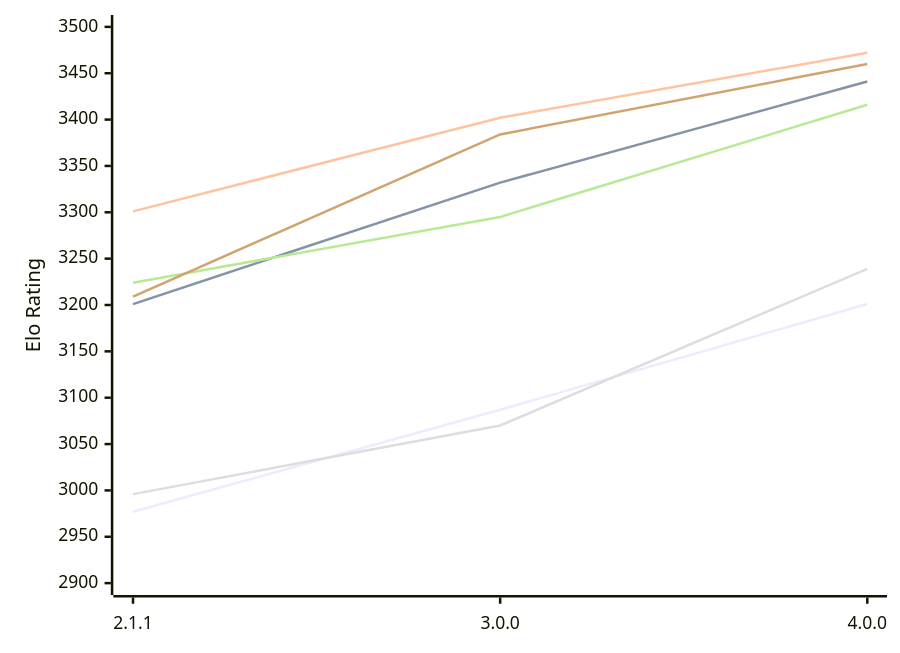
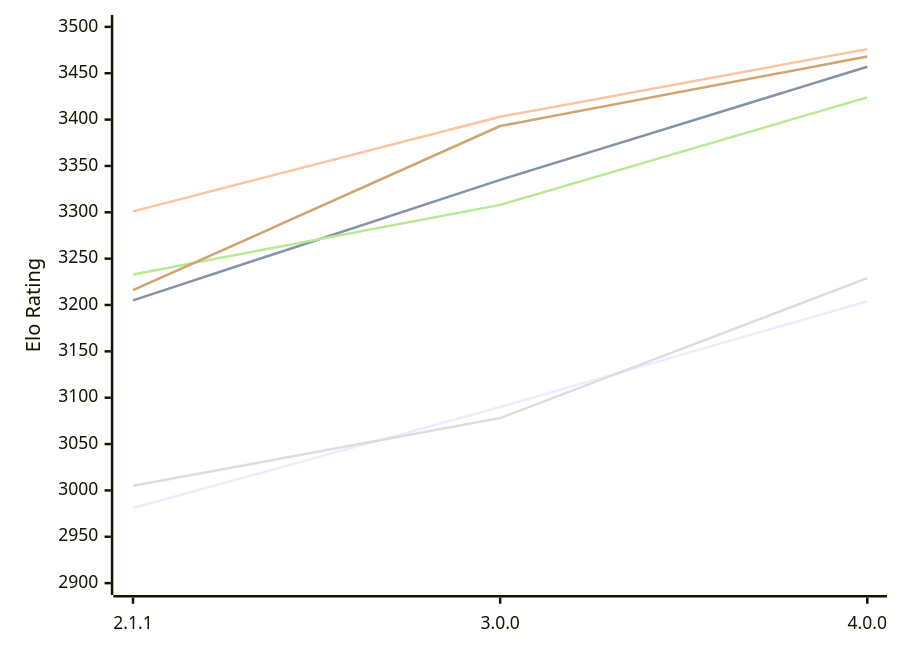
Before and after one commit to computer-chess-index/cci: the first of 2 diagrams in engines/Bread.md, drawn with Mermaid. The commit also changed other lines of this file, not shown here.

Commit message:
Update CCI Ratings (ELO VLTC) - 2026-11-25

````diff
--- a/engines/Bread.md
+++ b/engines/Bread.md
@@ -53,12 +53,12 @@
 ```mermaid
 %%{init: {"theme":"base","themeVariables":{"seriesColors:['#a3a3a3','#222221','#faa371']}}}%%
 xychart-beta
   x-axis ["2.1.1", "3.0.0", "4.0.0"]
   y-axis "Elo Rating" 2900 --> 3500
-  line "E1: STC (8.0+0.08s)" [2977, 3087, 3201]
-  line "E1: LTC (60.0+0.60s)" [3201, 3332, 3441]
-  line "E1: VLTC (2m24s+1.12s)" [3301, 3402, 3472]
-  line "P1: STC (8.0+0.08s)" [2996, 3070, 3239]
-  line "P1: LTC (60.0+0.60s)" [3224, 3295, 3416]
-  line "P1: VLTC (2m24s+1.12s)" [3209, 3384, 3460]
+  line "E1: STC (8.0+0.08s)" [2981, 3090, 3204]
+  line "E1: LTC (60.0+0.60s)" [3205, 3335, 3457]
+  line "E1: VLTC (2m24s+1.12s)" [3301, 3403, 3476]
+  line "P1: STC (8.0+0.08s)" [3005, 3078, 3229]
+  line "P1: LTC (60.0+0.60s)" [3233, 3308, 3424]
+  line "P1: VLTC (2m24s+1.12s)" [3216, 3393, 3468]
 ```
````
